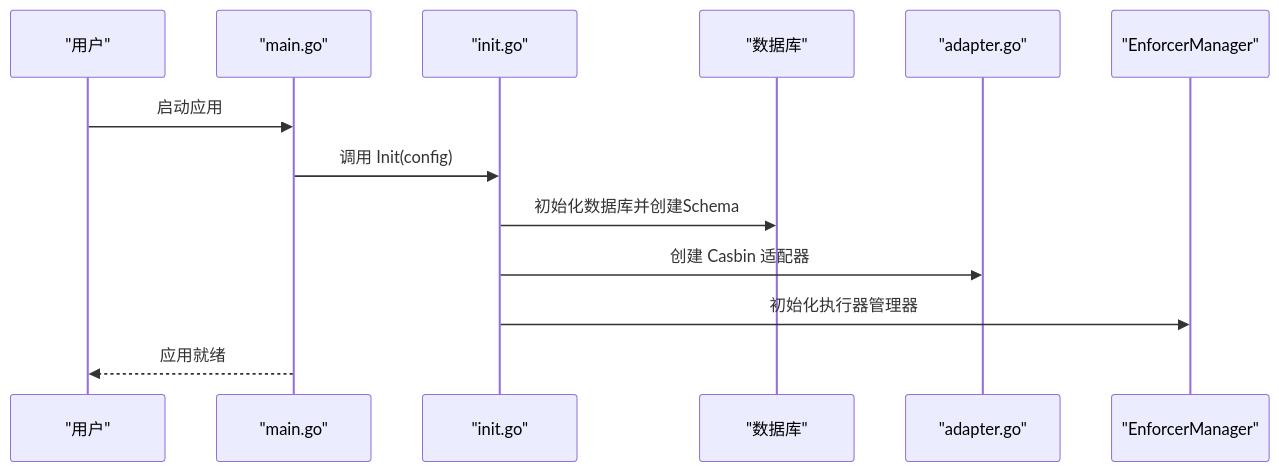
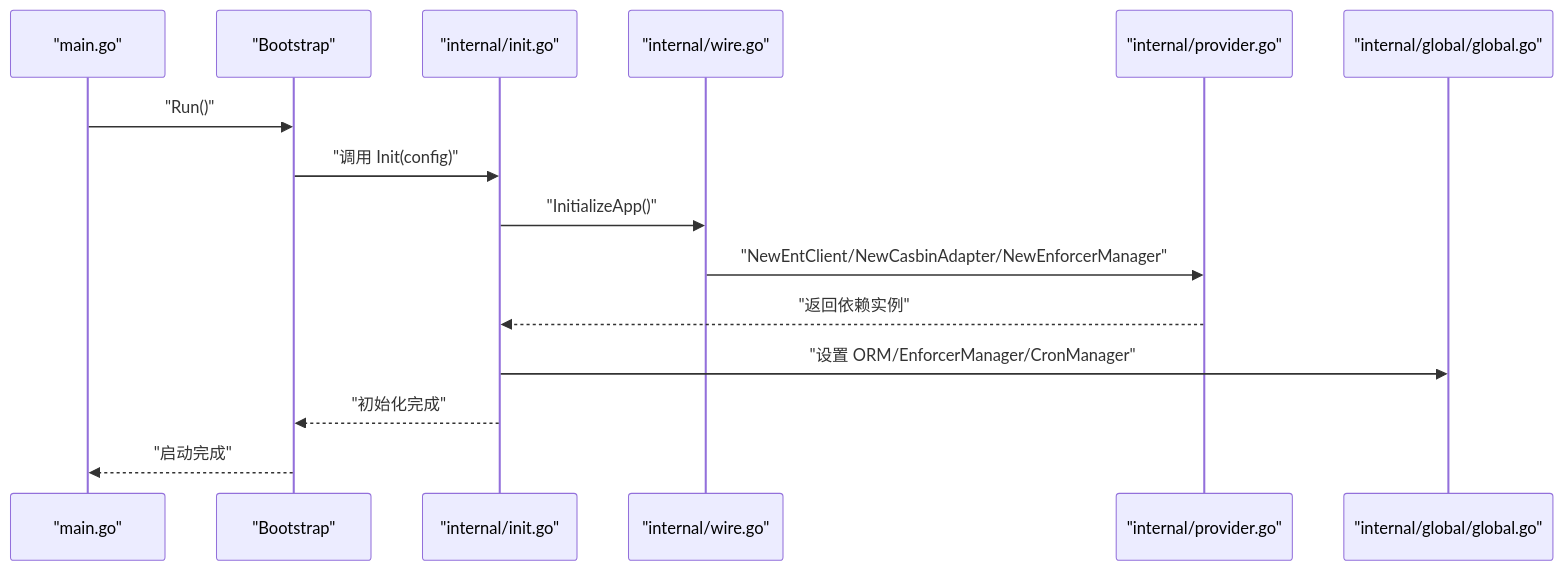
Before and after one commit to wuwuseo/e-sports-go-admin: the third of 7 diagrams in .qoder/repowiki/zh/content/快速开始.md, drawn with Mermaid. The commit also changed other lines of this file and 141 other files, not shown here.

````diff
--- a/.qoder/repowiki/zh/content/快速开始.md
+++ b/.qoder/repowiki/zh/content/快速开始.md
@@ -158,15 +117,17 @@
 ```mermaid
 sequenceDiagram
-participant U as "用户"
-participant M as "main.go"
-participant I as "init.go"
-participant DB as "数据库"
-participant CA as "adapter.go"
-participant EM as "EnforcerManager"
-U->>M : 启动应用
-M->>I : 调用 Init(config)
-I->>DB : 初始化数据库并创建Schema
-I->>CA : 创建 Casbin 适配器
-I->>EM : 初始化执行器管理器
-M-->>U : 应用就绪
+participant Main as "main.go"
+participant Boot as "Bootstrap"
+participant Init as "internal/init.go"
+participant Wire as "internal/wire.go"
+participant Prov as "internal/provider.go"
+participant Global as "internal/global/global.go"
+Main->>Boot : "Run()"
+Boot->>Init : "调用 Init(config)"
+Init->>Wire : "InitializeApp()"
+Wire->>Prov : "NewEntClient/NewCasbinAdapter/NewEnforcerManager"
+Prov-->>Init : "返回依赖实例"
+Init->>Global : "设置 ORM/EnforcerManager/CronManager"
+Init-->>Boot : "初始化完成"
+Boot-->>Main : "启动完成"
 ```
````
